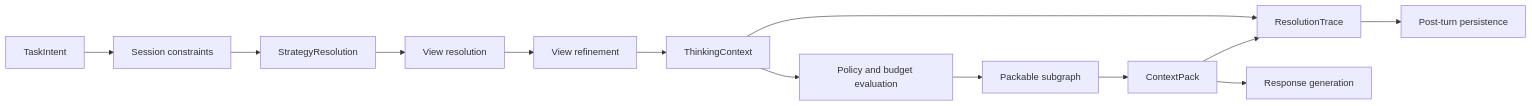
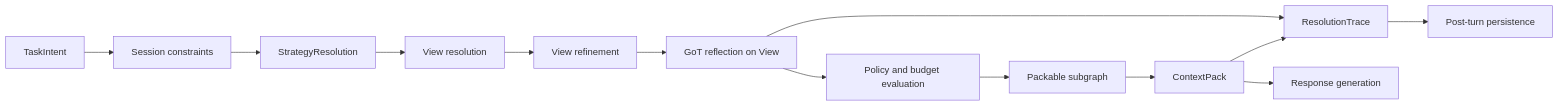
One commit to ZEDIUM-Off/graphclaw changed the first of 4 diagrams in docs/architecture/runtime/turn-runtime-logic.md. Above: the diagram before and after it, drawn with Mermaid. The commit also changed other lines of this file and 35 other files, not shown here.

Commit message:
docs: align context frames and GoT architecture

````diff
--- a/docs/architecture/runtime/turn-runtime-logic.md
+++ b/docs/architecture/runtime/turn-runtime-logic.md
@@ -42,21 +45,21 @@
 ```mermaid
 flowchart LR
     A[TaskIntent]
     B[Session constraints]
     C[StrategyResolution]
     D[View resolution]
     E[View refinement]
-    F[ThinkingContext]
+    F[GoT reflection on View]
     G[Policy and budget evaluation]
     H[Packable subgraph]
     I[ContextPack]
     J[ResolutionTrace]
     K[Response generation]
     L[Post-turn persistence]
 
     A --> B --> C --> D --> E --> F --> G --> H --> I
     F --> J
     I --> J
     I --> K
     J --> L
 ```
````
